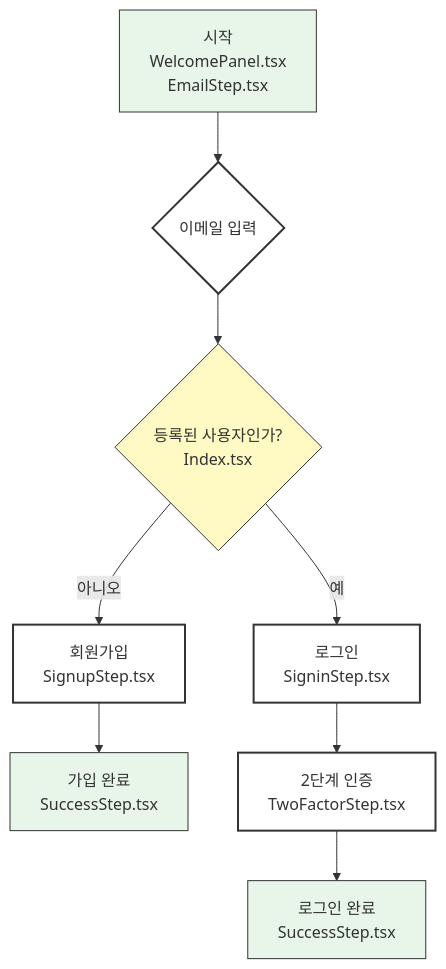
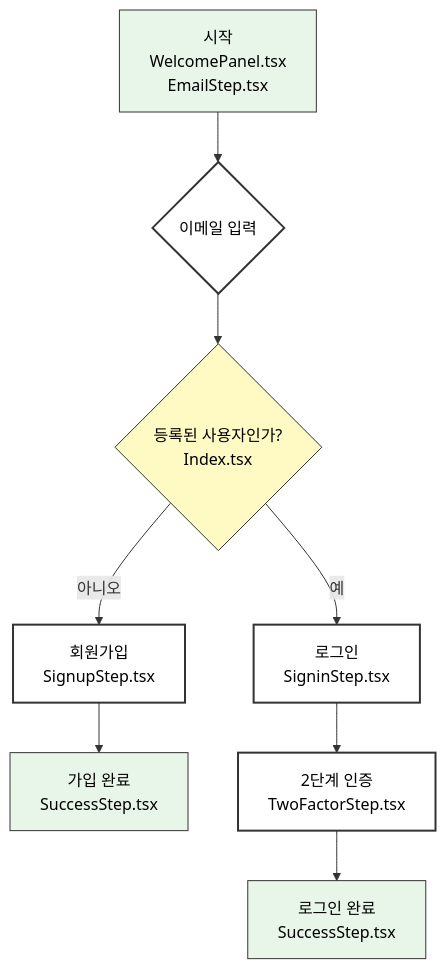
The diagram in USER_FLOW.md (GeneratedByAIServices/itscope-app-v1), drawn with Mermaid before and after one commit. The commit also changed 12 other files, not shown here.

````diff
--- a/USER_FLOW.md
+++ b/USER_FLOW.md
@@ -7,19 +7,19 @@
 ```mermaid
 graph TD
     A["시작<br/>WelcomePanel.tsx<br/>EmailStep.tsx"] --> B{"이메일 입력"};
     B --> C{"등록된 사용자인가?<br/>Index.tsx"};
 
     C -- "아니오" --> D["회원가입<br/>SignupStep.tsx"];
     D --> E["가입 완료<br/>SuccessStep.tsx"];
 
     C -- "예" --> F["로그인<br/>SigninStep.tsx"];
     F --> G["2단계 인증<br/>TwoFactorStep.tsx"];
     G --> H["로그인 완료<br/>SuccessStep.tsx"];
 
-    classDef default fill:#fff,stroke:#333,stroke-width:2px;
-    classDef startend fill:#e8f5e9,stroke:#333,stroke-width:1px;
-    classDef decision fill:#fff9c4,stroke:#333,stroke-width:1px;
+    classDef default fill:#fff,stroke:#333,stroke-width:2px,color:#000;
+    classDef startend fill:#e8f5e9,stroke:#333,stroke-width:1px,color:#000;
+    classDef decision fill:#fff9c4,stroke:#333,stroke-width:1px,color:#000;
     
     class A,E,H startend;
     class C decision;
 ```
````
